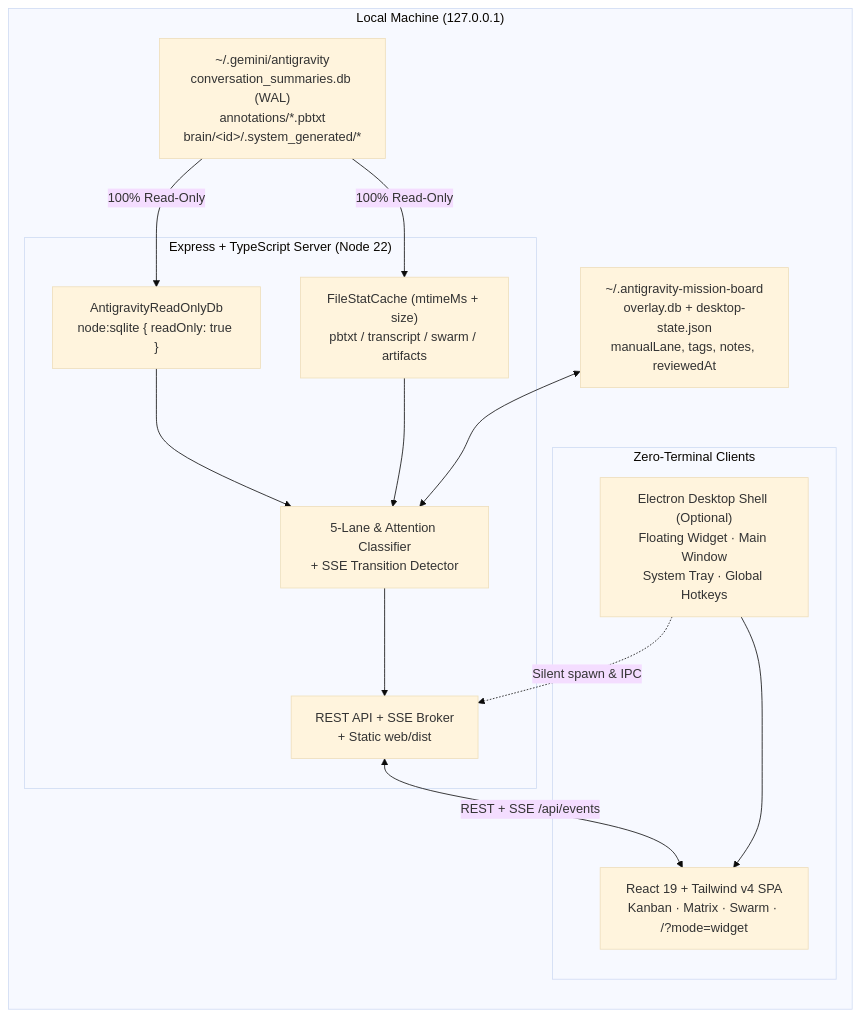
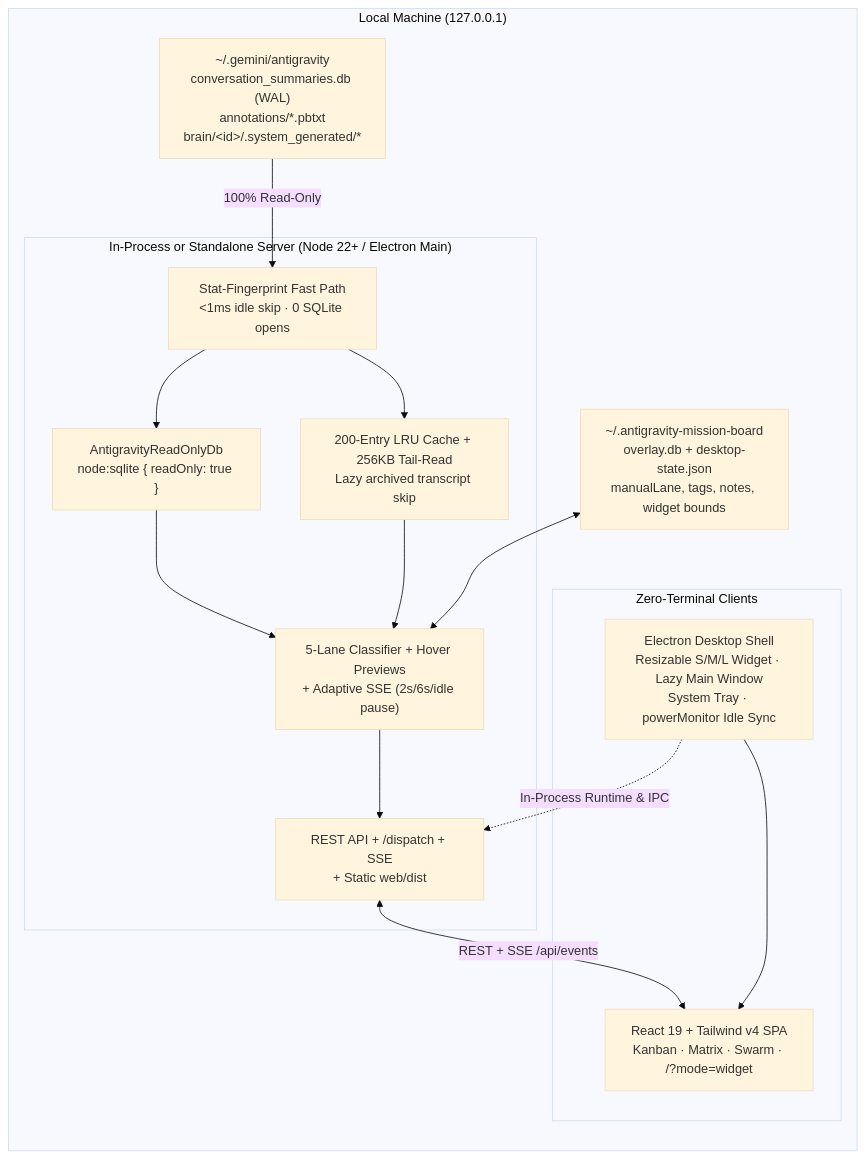
One commit to Lovlace777/antigravity-mission-board changed the diagram in README.md. Above: the diagram before and after it, drawn with Mermaid (base theme). The commit also changed other lines of this file and 35 other files, not shown here.

Commit message:
feat(v2.1.0): resizable S/M/L glanceable widget, instant hover inspector, push-forward handoff & low-resource engine

````diff
--- a/README.md
+++ b/README.md
@@ -165,29 +176,31 @@
 ```mermaid
 flowchart LR
     subgraph Local["Local Machine (127.0.0.1)"]
         AG["~/.gemini/antigravity<br/>conversation_summaries.db (WAL)<br/>annotations/*.pbtxt<br/>brain/&lt;id&gt;/.system_generated/*"]
-        OV["~/.antigravity-mission-board<br/>overlay.db + desktop-state.json<br/>manualLane, tags, notes, reviewedAt"]
+        OV["~/.antigravity-mission-board<br/>overlay.db + desktop-state.json<br/>manualLane, tags, notes, widget bounds"]
 
-        subgraph Server["Express + TypeScript Server (Node 22)"]
+        subgraph Runtime["In-Process or Standalone Server (Node 22+ / Electron Main)"]
+            FP["Stat-Fingerprint Fast Path<br/>&lt;1ms idle skip · 0 SQLite opens"]
             DB["AntigravityReadOnlyDb<br/>node:sqlite { readOnly: true }"]
-            CACHE["FileStatCache (mtimeMs + size)<br/>pbtxt / transcript / swarm / artifacts"]
-            CLS["5-Lane & Attention Classifier<br/>+ SSE Transition Detector"]
-            API["REST API + SSE Broker<br/>+ Static web/dist"]
+            CACHE["200-Entry LRU Cache + 256KB Tail-Read<br/>Lazy archived transcript skip"]
+            CLS["5-Lane Classifier + Hover Previews<br/>+ Adaptive SSE (2s/6s/idle pause)"]
+            API["REST API + /dispatch + SSE<br/>+ Static web/dist"]
         end
 
         subgraph Clients["Zero-Terminal Clients"]
-            DESK["Electron Desktop Shell (Optional)<br/>Floating Widget · Main Window<br/>System Tray · Global Hotkeys"]
+            DESK["Electron Desktop Shell<br/>Resizable S/M/L Widget · Lazy Main Window<br/>System Tray · powerMonitor Idle Sync"]
             UI["React 19 + Tailwind v4 SPA<br/>Kanban · Matrix · Swarm · /?mode=widget"]
         end
     end
 
-    AG -- "100% Read-Only" --> DB
-    AG -- "100% Read-Only" --> CACHE
+    AG -- "100% Read-Only" --> FP
+    FP --> DB
+    FP --> CACHE
     DB --> CLS
     CACHE --> CLS
     OV <--> CLS
     CLS --> API
-    DESK -. "Silent spawn & IPC" .-> API
+    DESK -. "In-Process Runtime & IPC" .-> API
     API <-- "REST + SSE /api/events" --> UI
     DESK --> UI
 ```
````
